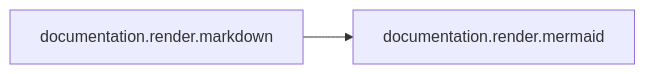
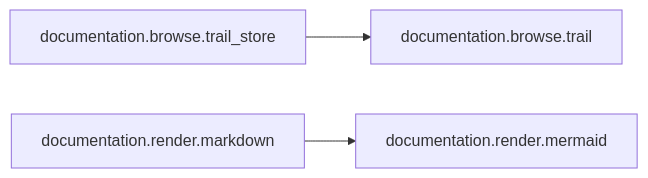
Before and after one commit to StefanBartl/documentation.nvim: the second of 2 diagrams in docs/map/overview.md, drawn with Mermaid. The commit also changed other lines of this file and 13 other files, not shown here.

````diff
--- a/docs/map/overview.md
+++ b/docs/map/overview.md
@@ -30,6 +30,9 @@
 ```mermaid
 flowchart LR
+  nlua_documentation_browse_trail_lua["documentation.browse.trail"]
+  nlua_documentation_browse_trail_store_lua["documentation.browse.trail_store"]
   nlua_documentation_render_markdown_lua["documentation.render.markdown"]
   nlua_documentation_render_mermaid_lua["documentation.render.mermaid"]
+  nlua_documentation_browse_trail_store_lua --> nlua_documentation_browse_trail_lua
   nlua_documentation_render_markdown_lua --> nlua_documentation_render_mermaid_lua
 ```
````
